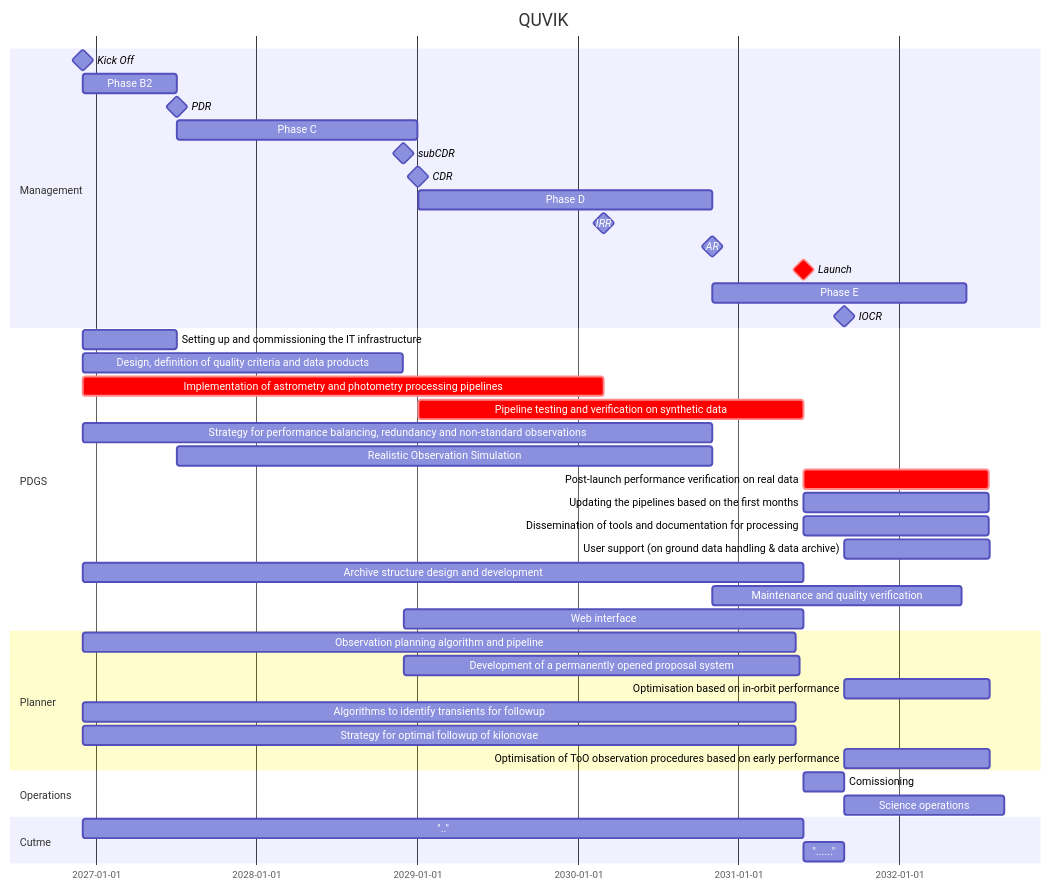
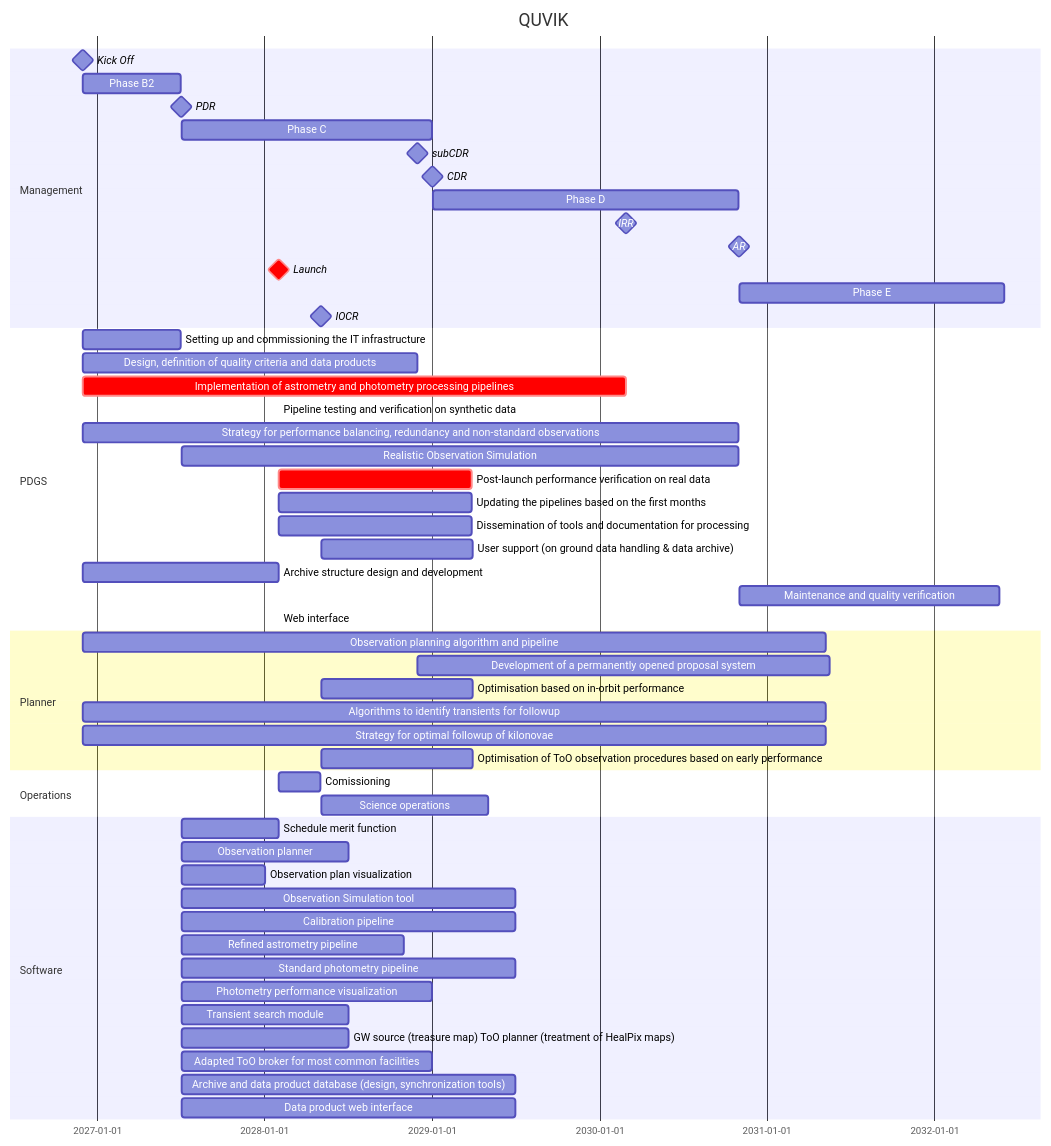
One commit to limu007/quvik changed the diagram in calib/SOC.md. Above: the diagram before and after it, drawn with Mermaid.

Commit message:
Add software development schedule to SOC.md
Added software section with various development schedules.

````diff
--- a/calib/SOC.md
+++ b/calib/SOC.md
@@ -1,51 +1,61 @@
 ```mermaid
 gantt
     title QUVIK
     dateFormat  YYYY-MM-DD
     section Management
     Kick Off : milestone, m1, 2026-12-01, 1d
     Phase B2 : b2, after m1, 213d
     PDR : milestone, pdr, after b2, 1d
     Phase C : c1, after pdr, 547d
     subCDR :  milestone, sc1, after des, 1d
     CDR : milestone, cdr, after c1, 1d
     Phase D : d1, after cdr, 668d
     IRR : milestone, irr, after imp, 1d
     AR : milestone, ar, after d1, 1d
     Launch : crit, milestone, frr, after dcal, 1d
     Phase E : e1, after ar, 578d
     IOCR : milestone, iocr, after e2, 1d
 
 
     section PDGS
     Setting up and commissioning the IT infrastructure : after m1, until pdr
     Design, definition of quality criteria and data products : 	des, after m1	, 104w
     Implementation of astrometry and photometry processing pipelines :crit, imp, after m1 , 169w
     Pipeline testing and verification on synthetic data :crit,  pp, after cdr, until frr
     Strategy for performance balancing, redundancy and non-standard observations :  after m1 , until ar
     Realistic Observation Simulation :  after pdr , until ar
     Post-launch performance verification on real data :crit,   after frr , 420d
     Updating the pipelines based on the first months :  after frr , 420d
     Dissemination of tools and documentation for processing :  after frr , 420d
      User support (on ground data handling & data archive) :  after iocr , 330d
      Archive structure design and development :  after m1 , until frr
      Maintenance and quality verification :  after ar , 81w
      Web interface :  after sc1 , until frr
 
     section Planner
     Observation planning algorithm and pipeline :  after m1 , 1620d
     Development of a permanently opened proposal system : after sc1 , 900d
     Optimisation based on in-orbit performance :  after iocr , 330d
     Algorithms to identify transients for followup :  after m1 , 1620d
     Strategy for optimal followup of kilonovae :  after m1 , 1620d
     Optimisation of ToO observation procedures based on early performance :  after iocr , 330d
 
     section Operations
     Comissioning : e2, after frr, 13w
     Science operations : e3, after iocr, 52w
 
-    section Cutme
-    "..": dcal, after m1 , 234w
-    "......" : e2, after frr, 13w
-
+    section Software
+Schedule merit function: SD-2, after pdr, 212d
+Observation planner: SD-2, after pdr, 364d
+Observation plan visualization: SD-3, after pdr, 182d
+Observation Simulation tool: SD-4, after pdr, 729d
+Calibration pipeline: SD-5, after pdr, 729d
+Refined astrometry pipeline: SD-6, after pdr, 486d
+Standard photometry pipeline: SD-7, after pdr, 729d
+Photometry performance visualization: SD-8, after pdr, 547d
+Transient search module: SD-9, after pdr, 364d
+GW source (treasure map) ToO planner (treatment of HealPix maps): SD-10, after pdr, 364d
+Adapted ToO broker for most common facilities: SD-11, after pdr, 547d
+Archive and data product database (design, synchronization tools): SD-12, after pdr, 729d
+Data product web interface: SD-13, after pdr, 729d
 ```
````
